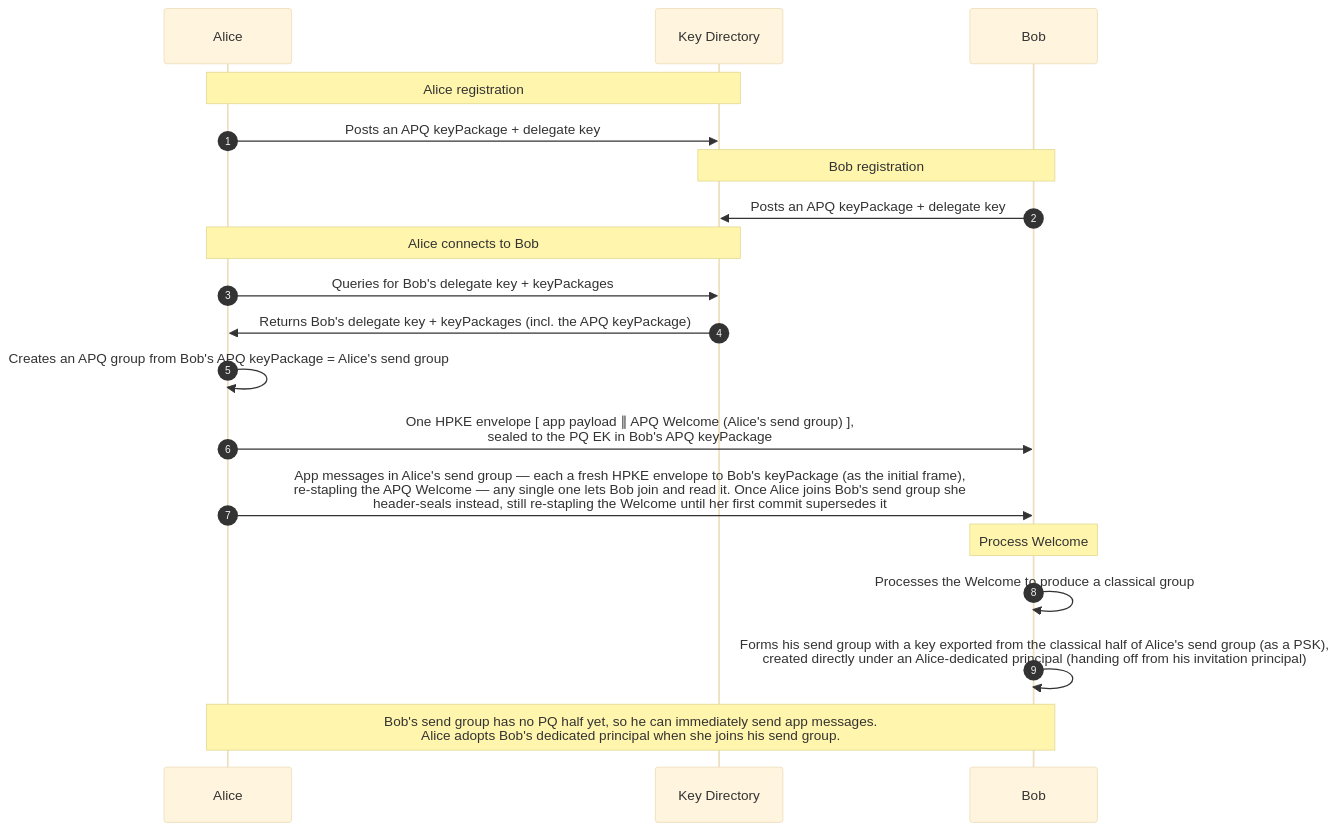
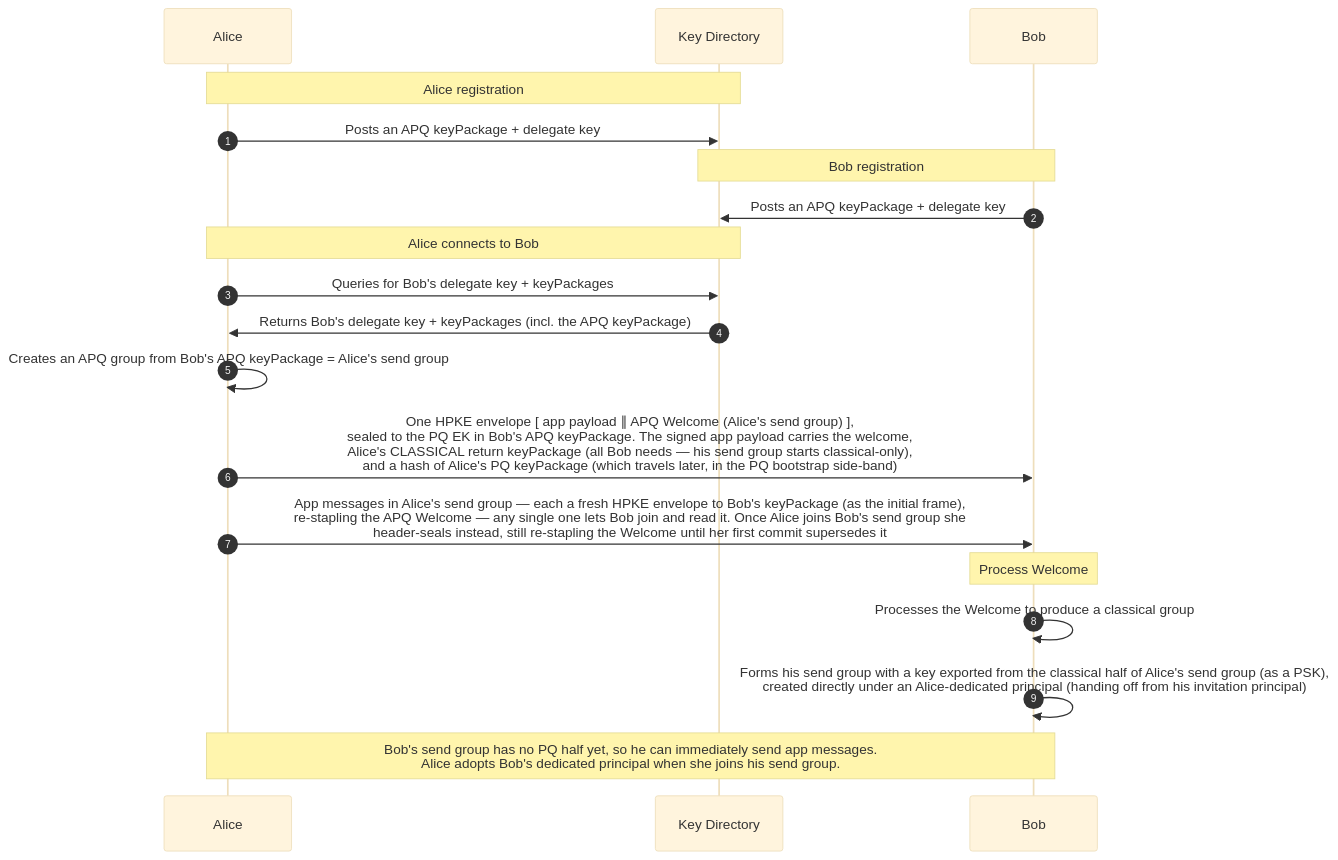
Before and after one commit to germ-network/TwoMLSPQ: the first of 10 diagrams in two-mls-pq/book/src/protocol-flows.md, drawn with Mermaid (base theme). The commit also changed other lines of this file and 5 other files, not shown here.

First line of the commit message:
Bring the MSD's top-level diagrams up to the implemented protocol

````diff
--- a/two-mls-pq/book/src/protocol-flows.md
+++ b/two-mls-pq/book/src/protocol-flows.md
@@ -148,27 +148,27 @@
 ```mermaid
 sequenceDiagram
     autonumber
     participant Alice
     participant KeyDir as Key Directory
     participant Bob
 
     Note over Alice,KeyDir: Alice registration
     Alice->>KeyDir: Posts an APQ keyPackage + delegate key
 
     Note over Bob,KeyDir: Bob registration
     Bob->>KeyDir: Posts an APQ keyPackage + delegate key
 
     Note over Alice,KeyDir: Alice connects to Bob
     Alice->>KeyDir: Queries for Bob's delegate key + keyPackages
     KeyDir->>Alice: Returns Bob's delegate key + keyPackages (incl. the APQ keyPackage)
 
     Alice->>Alice: Creates an APQ group from Bob's APQ keyPackage = Alice's send group
-    Alice->>Bob: One HPKE envelope [ app payload ∥ APQ Welcome (Alice's send group) ],<br/>sealed to the PQ EK in Bob's APQ keyPackage
+    Alice->>Bob: One HPKE envelope [ app payload ∥ APQ Welcome (Alice's send group) ],<br/>sealed to the PQ EK in Bob's APQ keyPackage. The signed app payload carries the welcome,<br/>Alice's CLASSICAL return keyPackage (all Bob needs — his send group starts classical-only),<br/>and a hash of Alice's PQ keyPackage (which travels later, in the PQ bootstrap side-band)
 
     Alice->>Bob: App messages in Alice's send group — each a fresh HPKE envelope to Bob's keyPackage (as the initial frame),<br/>re-stapling the APQ Welcome — any single one lets Bob join and read it. Once Alice joins Bob's send group she<br/>header-seals instead, still re-stapling the Welcome until her first commit supersedes it
 
     Note over Bob: Process Welcome
     Bob->>Bob: Processes the Welcome to produce a classical group
     Bob->>Bob: Forms his send group with a key exported from the classical half of Alice's send group (as a PSK),<br/>created directly under an Alice-dedicated principal (handing off from his invitation principal)
     Note over Alice,Bob: Bob's send group has no PQ half yet, so he can immediately send app messages.<br/>Alice adopts Bob's dedicated principal when she joins his send group.
 ```
````
